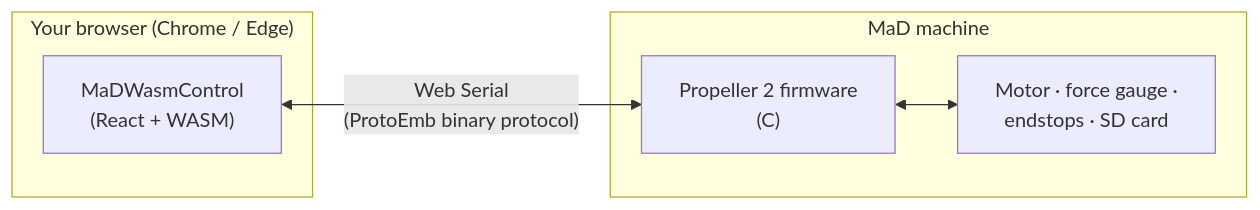
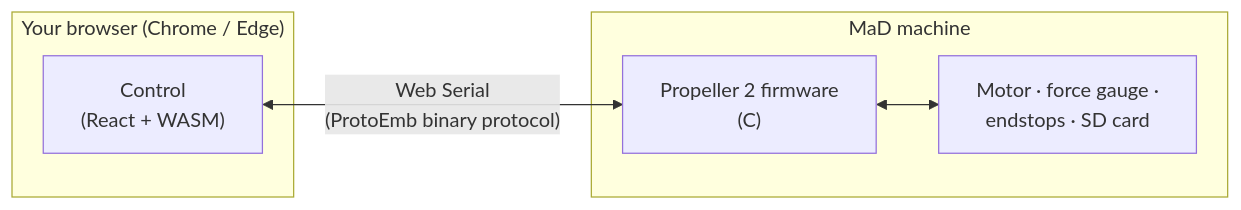
One commit to RileyMcCarthy/MaD changed the diagram in docs/index.md. Above: the diagram before and after it, drawn with Mermaid. The commit also changed other lines of this file and 138 other files, not shown here.

First line of the commit message:
refactor: rename Software/MaDWasmControl to Software/Control

````diff
--- a/docs/index.md
+++ b/docs/index.md
@@ -92,12 +92,12 @@
 ```mermaid
 flowchart LR
     subgraph Browser["Your browser (Chrome / Edge)"]
-        app["MaDWasmControl<br/>(React + WASM)"]
+        app["Control<br/>(React + WASM)"]
     end
     subgraph Machine["MaD machine"]
         fw["Propeller 2 firmware<br/>(C)"]
         hw["Motor · force gauge ·<br/>endstops · SD card"]
     end
     app <-->|"Web Serial<br/>(ProtoEmb binary protocol)"| fw
     fw <--> hw
 ```
````
